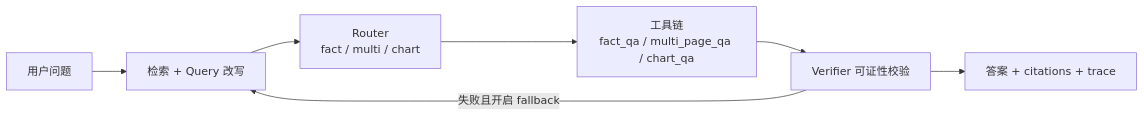
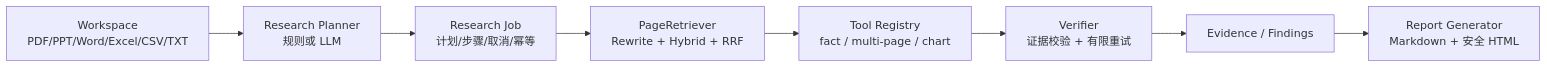
Before and after one commit to NickWilde-AI/AI-Agent-RAG-Question-Answering: the diagram in README.md, drawn with Mermaid. The commit also changed other lines of this file and 29 other files, not shown here.

````diff
--- a/README.md
+++ b/README.md
@@ -33,9 +35,10 @@
 ```mermaid
 flowchart LR
-  Q[用户问题] --> R[检索 + Query 改写]
-  R --> RT[Router<br/>fact / multi / chart]
-  RT --> T[工具链<br/>fact_qa / multi_page_qa / chart_qa]
-  T --> V[Verifier 可证性校验]
-  V -->|失败且开启 fallback| R
-  V --> A[答案 + citations + trace]
+  W[Workspace<br/>PDF/PPT/Word/Excel/CSV/TXT] --> P[Research Planner<br/>规则或 LLM]
+  P --> J[Research Job<br/>计划/步骤/取消/幂等]
+  J --> R[PageRetriever<br/>Rewrite + Hybrid + RRF]
+  R --> T[Tool Registry<br/>fact / multi-page / chart]
+  T --> V[Verifier<br/>证据校验 + 有限重试]
+  V --> E[Evidence / Findings]
+  E --> G[Report Generator<br/>Markdown + 安全 HTML]
 ```
````
